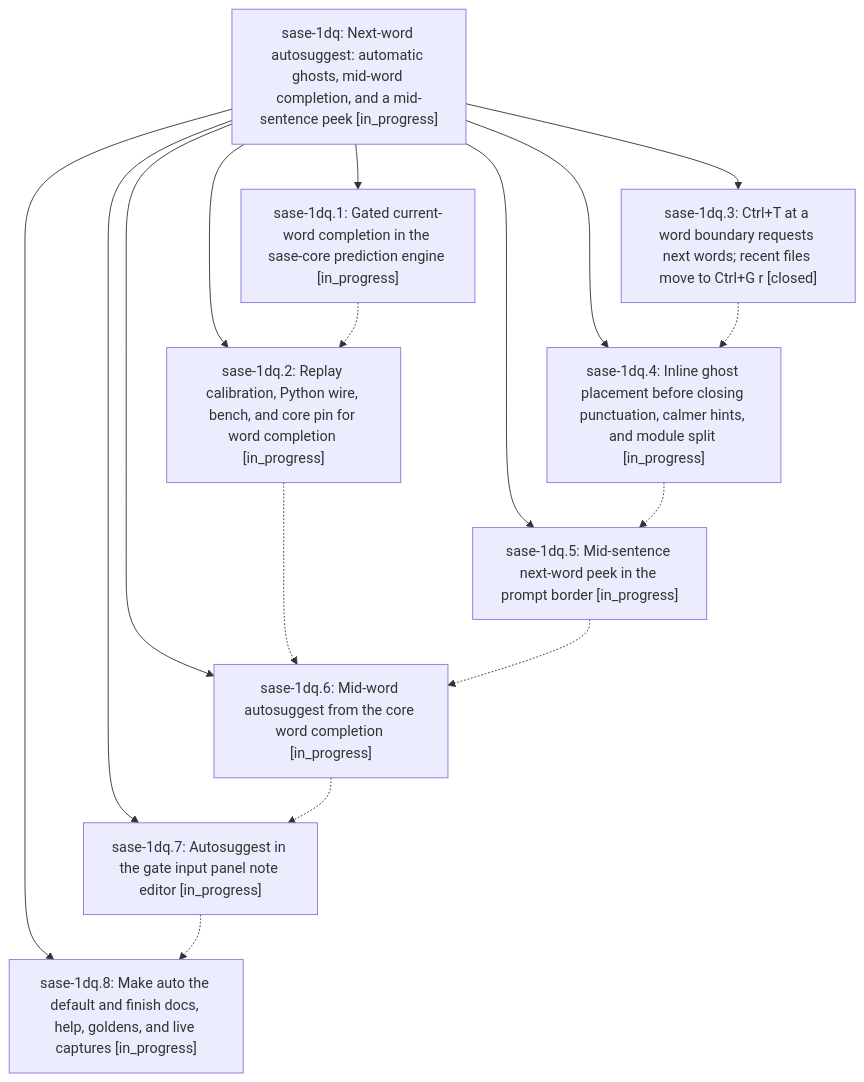
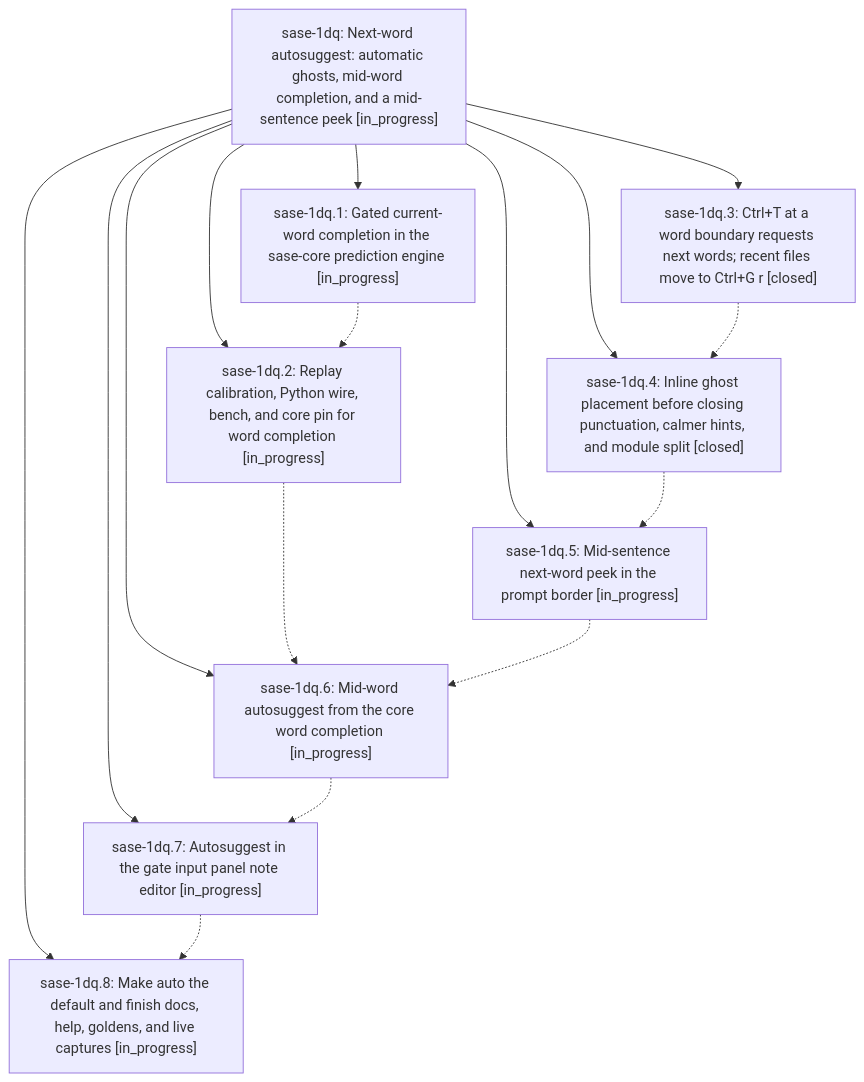
Before and after one commit to sase-org/sase--beads: the diagram in pages/sase-1dq/README.md, drawn with Mermaid. The commit also changed other lines of this file and 3 other files, not shown here.

````diff
--- a/pages/sase-1dq/README.md
+++ b/pages/sase-1dq/README.md
@@ -29,27 +29,27 @@
 ```mermaid
 flowchart TD
     n0["sase-1dq: Next-word autosuggest: automatic ghosts, mid-word completion, and a mid-sentence peek [in_progress]"]
     n1["sase-1dq.1: Gated current-word completion in the sase-core prediction engine [in_progress]"]
     n2["sase-1dq.2: Replay calibration, Python wire, bench, and core pin for word completion [in_progress]"]
     n3["sase-1dq.3: Ctrl+T at a word boundary requests next words; recent files move to Ctrl+G r [closed]"]
-    n4["sase-1dq.4: Inline ghost placement before closing punctuation, calmer hints, and module split [in_progress]"]
+    n4["sase-1dq.4: Inline ghost placement before closing punctuation, calmer hints, and module split [closed]"]
     n5["sase-1dq.5: Mid-sentence next-word peek in the prompt border [in_progress]"]
     n6["sase-1dq.6: Mid-word autosuggest from the core word completion [in_progress]"]
     n7["sase-1dq.7: Autosuggest in the gate input panel note editor [in_progress]"]
     n8["sase-1dq.8: Make auto the default and finish docs, help, goldens, and live captures [in_progress]"]
     n0 --> n1
     n0 --> n2
     n0 --> n3
     n0 --> n4
     n0 --> n5
     n0 --> n6
     n0 --> n7
     n0 --> n8
     n1 -.-> n2
     n2 -.-> n6
     n3 -.-> n4
     n4 -.-> n5
     n5 -.-> n6
     n6 -.-> n7
     n7 -.-> n8
 ```
````
